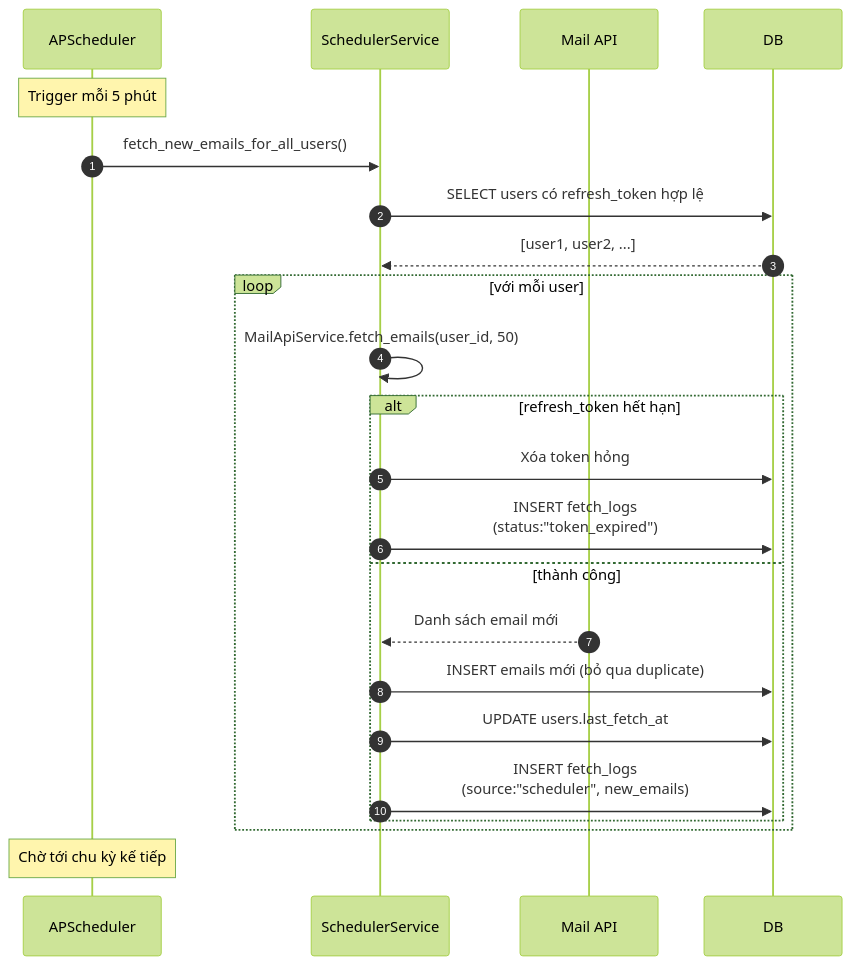
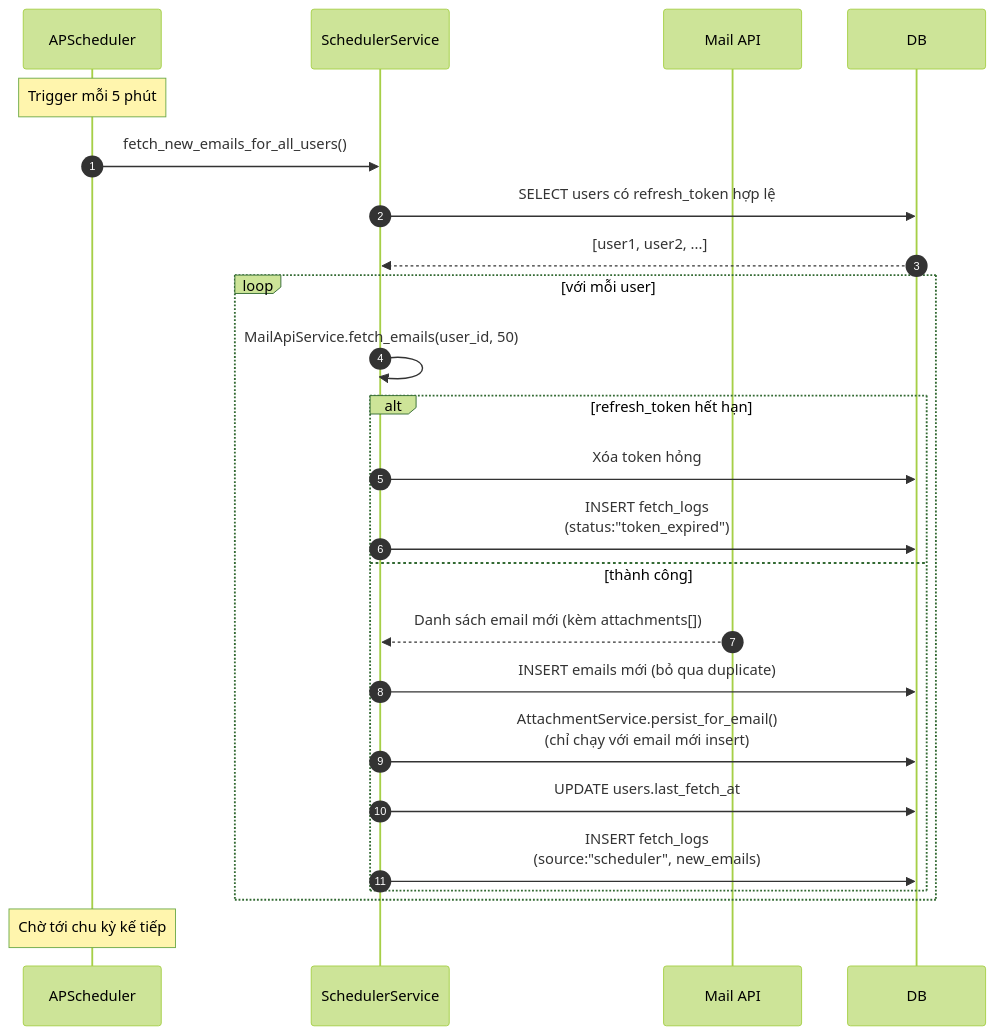
Before and after one commit to jackorofrobert/Final_Project_FPTU: the fifth of 16 diagrams in docs/SEQUENCE_DIAGRAMS.md, drawn with Mermaid (forest theme). The commit also changed other lines of this file and 8 other files, not shown here.

Commit message:
feat: implement VirusTotal attachment scanning pipeline and integrate attachment processing into mail service

````diff
--- a/docs/SEQUENCE_DIAGRAMS.md
+++ b/docs/SEQUENCE_DIAGRAMS.md
@@ -172,26 +186,27 @@
 ```mermaid
 sequenceDiagram
     autonumber
     participant Scheduler as APScheduler
     participant Svc as SchedulerService
     participant Mail as Mail API
     participant DB
 
     Note over Scheduler: Trigger mỗi 5 phút
     Scheduler->>Svc: fetch_new_emails_for_all_users()
     Svc->>DB: SELECT users có refresh_token hợp lệ
     DB-->>Svc: [user1, user2, ...]
     loop với mỗi user
         Svc->>Svc: MailApiService.fetch_emails(user_id, 50)
         alt refresh_token hết hạn
             Svc->>DB: Xóa token hỏng
             Svc->>DB: INSERT fetch_logs<br/>(status:"token_expired")
         else thành công
-            Mail-->>Svc: Danh sách email mới
+            Mail-->>Svc: Danh sách email mới (kèm attachments[])
             Svc->>DB: INSERT emails mới (bỏ qua duplicate)
+            Svc->>DB: AttachmentService.persist_for_email()<br/>(chỉ chạy với email mới insert)
             Svc->>DB: UPDATE users.last_fetch_at
             Svc->>DB: INSERT fetch_logs<br/>(source:"scheduler", new_emails)
         end
     end
     Note over Scheduler: Chờ tới chu kỳ kế tiếp
 ```
````
